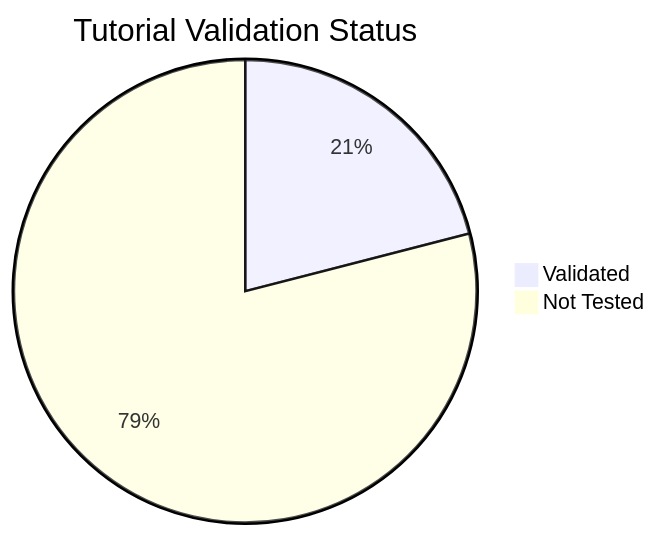
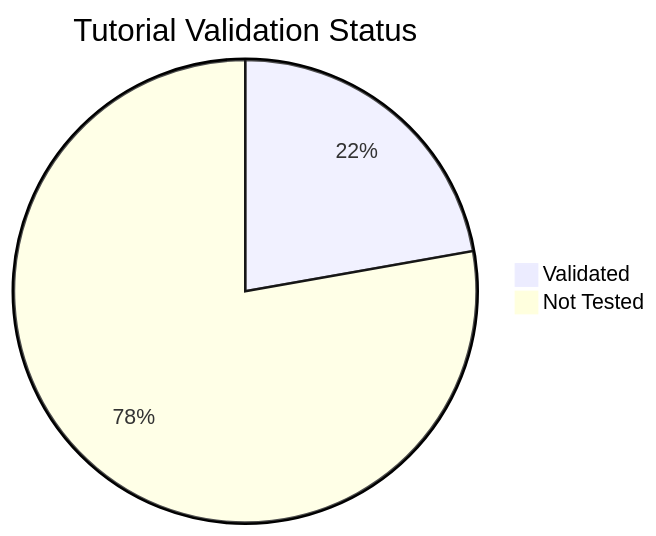
The diagram in docs/reference/validation-status.md (yeongseon/azure-container-apps-practical-guide), drawn with Mermaid before and after one commit. The commit also changed other lines of this file and 1 other file, not shown here.

````diff
--- a/docs/reference/validation-status.md
+++ b/docs/reference/validation-status.md
@@ -35,5 +35,5 @@
 ```mermaid
 pie title Tutorial Validation Status
-    "Validated" : 17
-    "Not Tested" : 64
+    "Validated" : 18
+    "Not Tested" : 63
 ```
````
